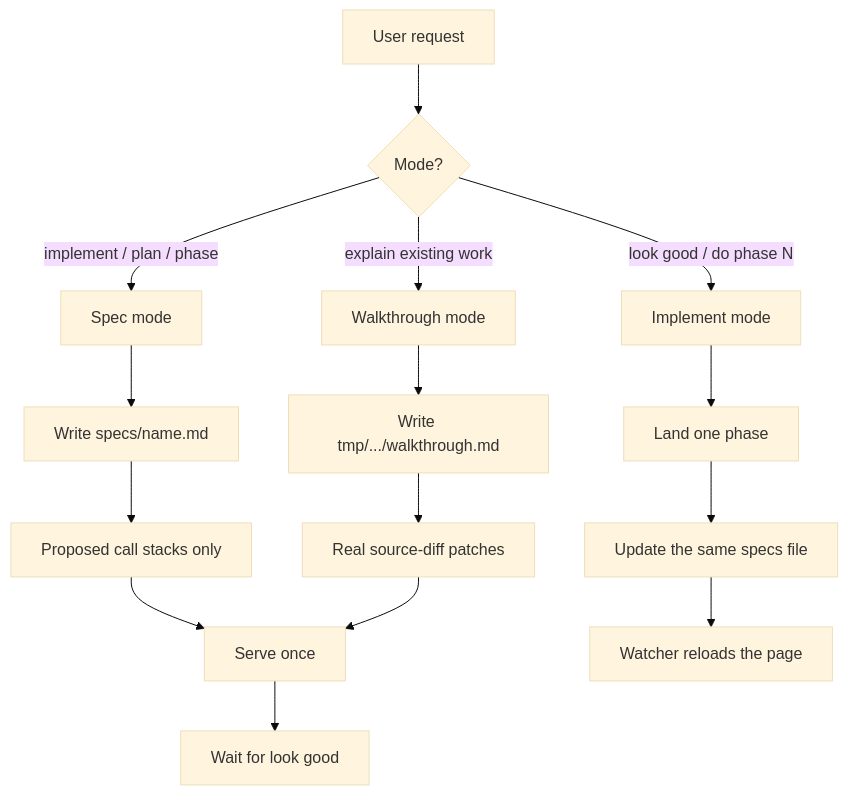
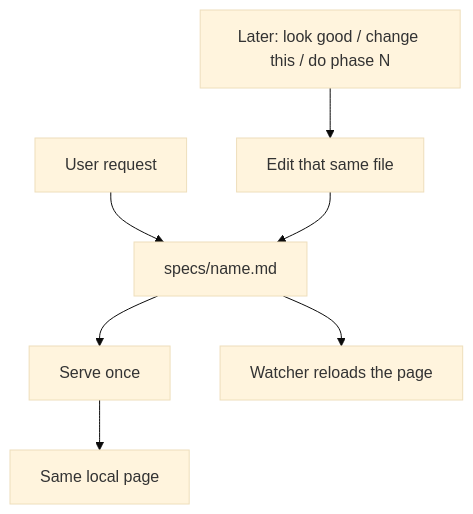
Before and after one commit to tanishqkancharla/diffmap: the second of 3 diagrams in specs/merge-generate-spec-walkthrough.md, drawn with Mermaid (base theme). The commit also changed other lines of this file, not shown here.

First line of the commit message:
Reframe merge spec as one living document

````diff
--- a/specs/merge-generate-spec-walkthrough.md
+++ b/specs/merge-generate-spec-walkthrough.md
@@ -35,22 +37,12 @@
 ```mermaid
 flowchart TD
-  Request[User request] --> Mode{Mode?}
-  Mode -->|implement / plan / phase| SpecMode[Spec mode]
-  Mode -->|look good / do phase N| ImplMode[Implement mode]
-  Mode -->|explain existing work| WalkMode[Walkthrough mode]
-  SpecMode --> SpecFile["Write specs/name.md"]
-  SpecFile --> Stacks[Proposed call stacks only]
-  Stacks --> ServeOnce[Serve once]
-  ServeOnce --> Wait[Wait for look good]
-  ImplMode --> Land[Land one phase]
-  Land --> SameFile[Update the same specs file]
-  SameFile --> Reload[Watcher reloads the page]
-  WalkMode --> TmpFile["Write tmp/.../walkthrough.md"]
-  TmpFile --> RealDiffs[Real source-diff patches]
-  RealDiffs --> ServeOnce
-  %% ref node:SpecMode [[skills/generate-spec/SKILL.md]]
-  %% ref node:ImplMode [[skills/generate-spec/SKILL.md]]
-  %% ref node:WalkMode [[skills/code-walkthrough/SKILL.md]]
+  Request[User request] --> File["specs/name.md"]
+  File --> ServeOnce[Serve once]
+  ServeOnce --> Page[Same local page]
+  Request2[Later: look good / change this / do phase N] --> Edit[Edit that same file]
+  Edit --> File
+  File --> Reload[Watcher reloads the page]
+  %% ref node:File [[skills/generate-spec/SKILL.md]]
   %% ref node:ServeOnce [[src/cli.ts]]
   %% ref node:Reload [[src/contentPlugin.ts#diffmapContentPlugin]]
 ```
````
